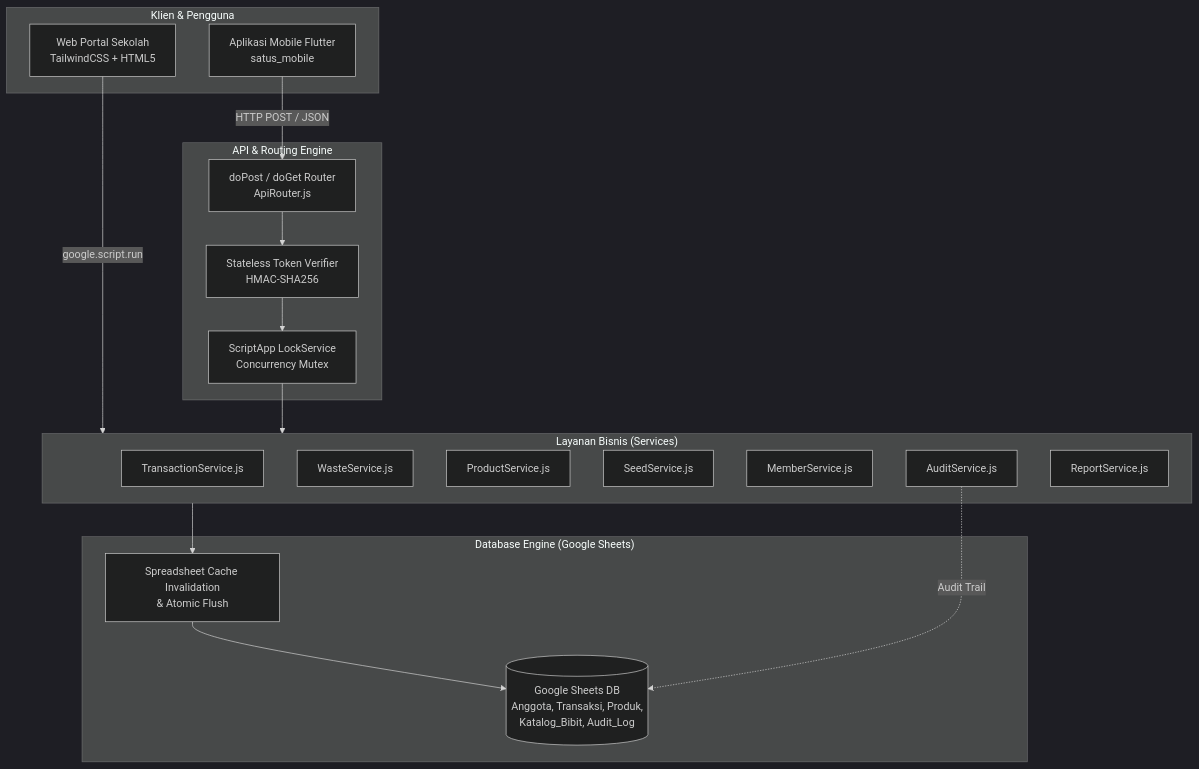
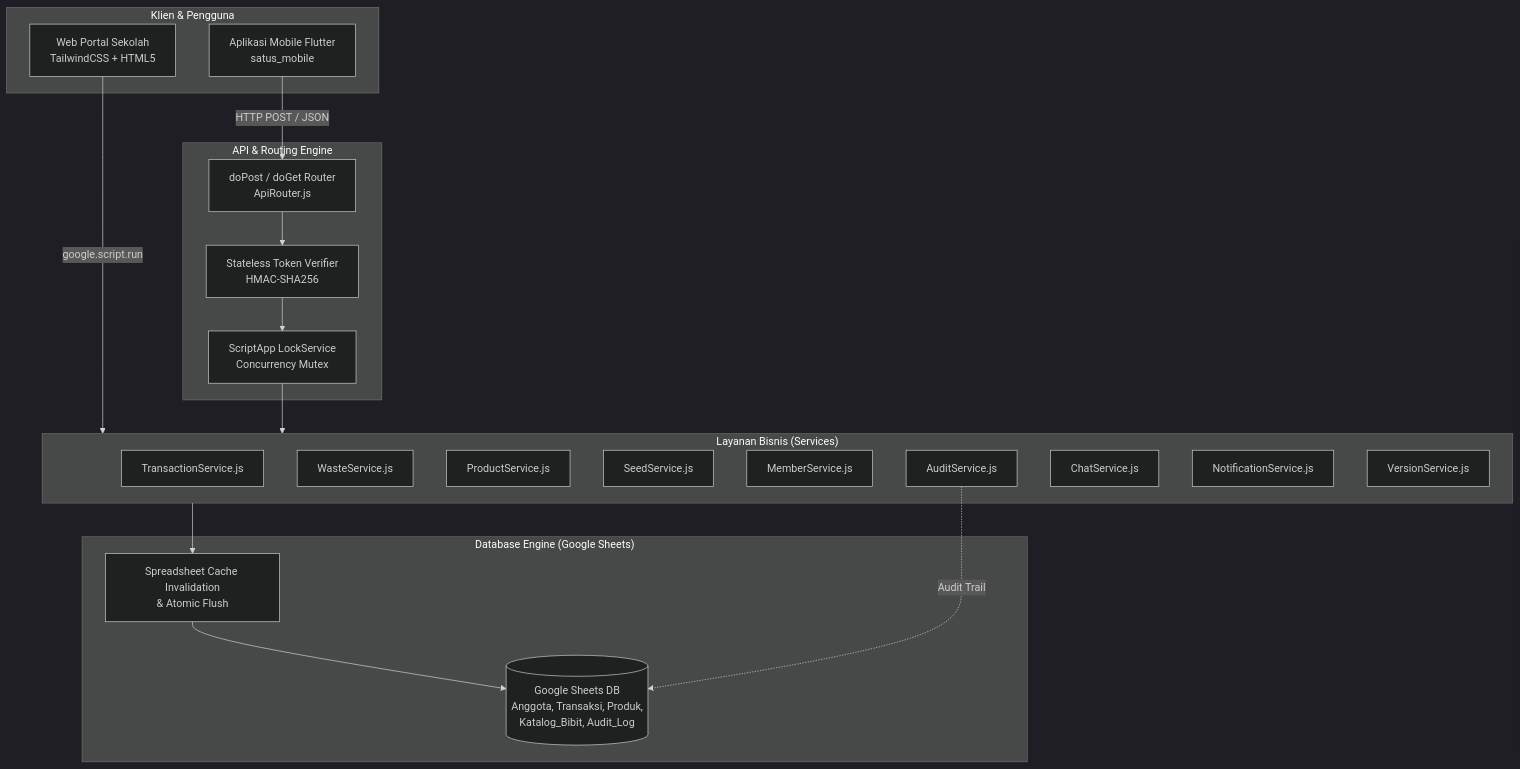
The first of 2 diagrams in README.md (vinsensiusarko/satus_app), drawn with Mermaid (dark theme) before and after one commit. The commit also changed other lines of this file, not shown here.

Commit message:
feat(docs): update README.md for version 2.2.0, enhance caching section, and improve product management details

````diff
--- a/README.md
+++ b/README.md
@@ -91,37 +93,39 @@
 ```mermaid
 flowchart TD
     subgraph Klien["Klien & Pengguna"]
         M[Aplikasi Mobile Flutter<br/>satus_mobile]
         W[Web Portal Sekolah<br/>TailwindCSS + HTML5]
     end
 
     subgraph Gateway["API & Routing Engine"]
         API[doPost / doGet Router<br/>ApiRouter.js]
         AUTH[Stateless Token Verifier<br/>HMAC-SHA256]
         LOCK[ScriptApp LockService<br/>Concurrency Mutex]
     end
 
     subgraph CoreServices["Layanan Bisnis (Services)"]
         TS[TransactionService.js]
         WS[WasteService.js]
         PS[ProductService.js]
         SS[SeedService.js]
         MS[MemberService.js]
         AS[AuditService.js]
-        RS[ReportService.js]
+        CS[ChatService.js]
+        NS[NotificationService.js]
+        VS[VersionService.js]
     end
 
     subgraph Database["Database Engine (Google Sheets)"]
         DB[(Google Sheets DB<br/>Anggota, Transaksi, Produk,<br/>Katalog_Bibit, Audit_Log)]
         CACHE[Spreadsheet Cache Invalidation<br/>& Atomic Flush]
     end
 
     M -->|HTTP POST / JSON| API
     W -->|google.script.run| CoreServices
     API --> AUTH
     AUTH --> LOCK
     LOCK --> CoreServices
     CoreServices --> CACHE
     CACHE --> DB
     AS -.->|Audit Trail| DB
 ```
````
